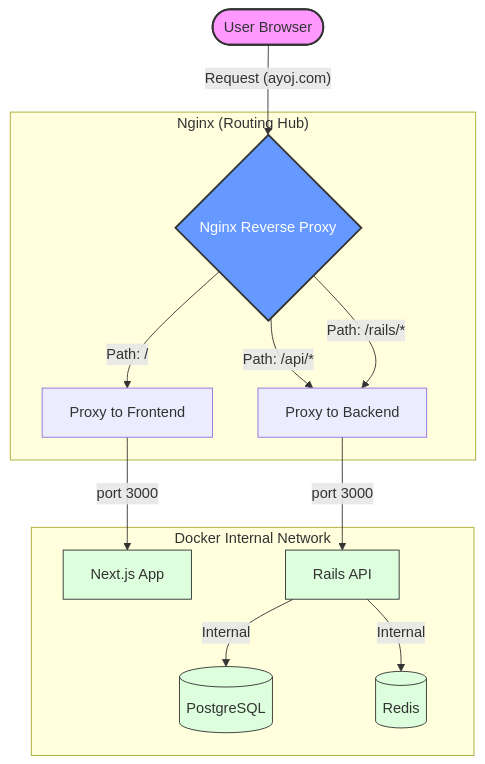
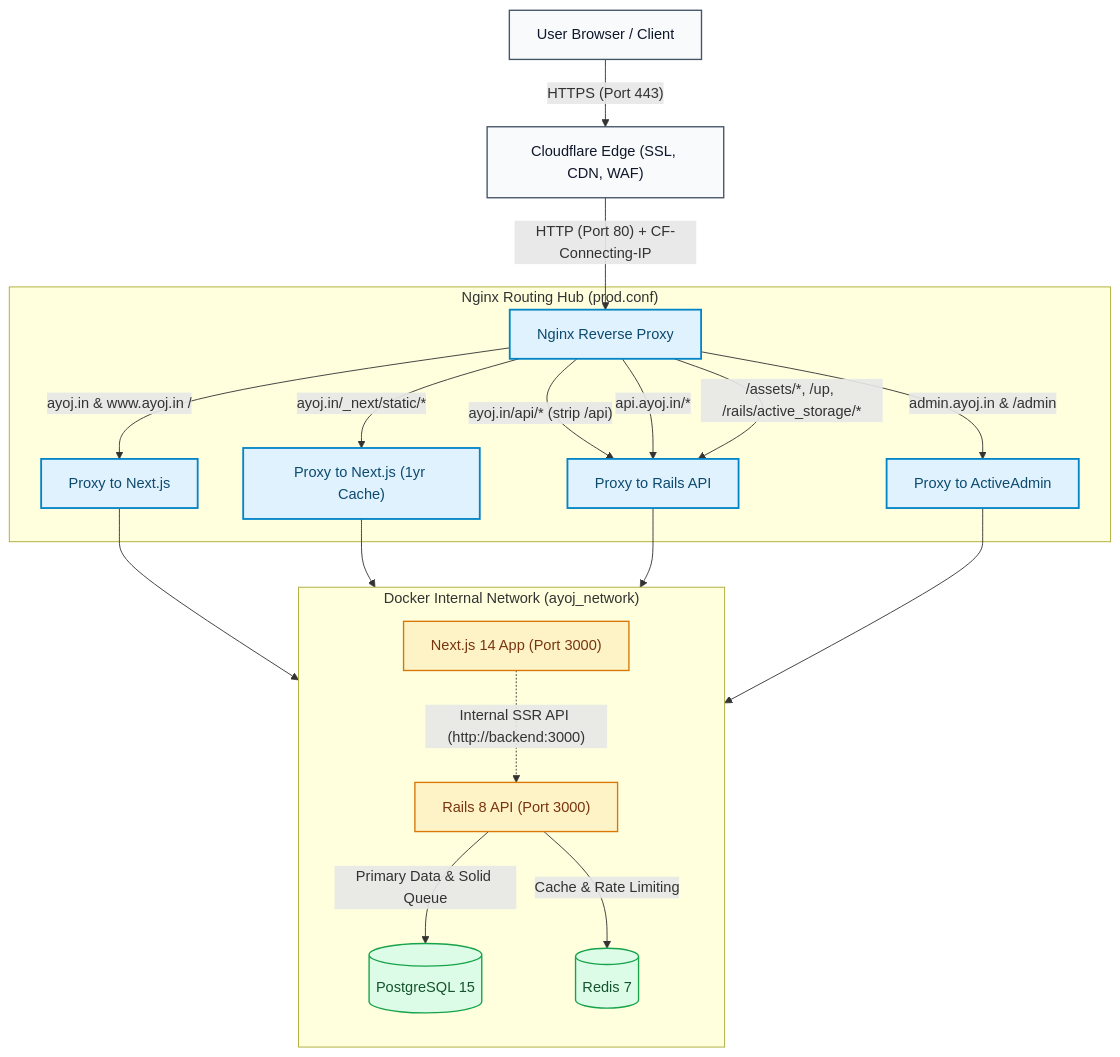
One commit to ayojan/marketplace changed the diagram in docs/REVERSE_PROXY.md. Above: the diagram before and after it, drawn with Mermaid. The commit also changed other lines of this file and 21 other files, not shown here.

First line of the commit message:
docs: clean up redundant markdown files and update architecture diagrams

````diff
--- a/docs/REVERSE_PROXY.md
+++ b/docs/REVERSE_PROXY.md
@@ -7,30 +7,31 @@
 ```mermaid
-graph TD
-    %% External World
-    User([User Browser]) -- "Request (ayoj.com)" --> Nginx{Nginx Reverse Proxy}
+flowchart TD
+    classDef edge fill:#f8fafc,stroke:#475569,stroke-width:1.5px,color:#0f172a;
+    classDef proxy fill:#e0f2fe,stroke:#0284c7,stroke-width:2px,color:#0c4a6e;
+    classDef app fill:#fef3c7,stroke:#d97706,stroke-width:1.5px,color:#78350f;
+    classDef data fill:#dcfce7,stroke:#16a34a,stroke-width:1.5px,color:#14532d;
 
-    %% Nginx Routing Logic
-    subgraph "Nginx (Routing Hub)"
-        Nginx -- "Path: /" --> FE_Proxy[Proxy to Frontend]
-        Nginx -- "Path: /api/*" --> BE_Proxy[Proxy to Backend]
-        Nginx -- "Path: /rails/*" --> BE_Proxy
+    User["User Browser / Client"]:::edge -->|"HTTPS (Port 443)"| CF["Cloudflare Edge (SSL, CDN, WAF)"]:::edge
+    CF -->|"HTTP (Port 80) + CF-Connecting-IP"| Nginx["Nginx Reverse Proxy"]:::proxy
+
+    subgraph NginxRouting["Nginx Routing Hub (prod.conf)"]
+        Nginx -->|"ayoj.in & www.ayoj.in /"| FE_Proxy["Proxy to Next.js"]:::proxy
+        Nginx -->|"ayoj.in/_next/static/*"| Static_Proxy["Proxy to Next.js (1yr Cache)"]:::proxy
+        Nginx -->|"ayoj.in/api/* (strip /api)"| BE_Proxy["Proxy to Rails API"]:::proxy
+        Nginx -->|"api.ayoj.in/*"| BE_Proxy
+        Nginx -->|"admin.ayoj.in & /admin"| Admin_Proxy["Proxy to ActiveAdmin"]:::proxy
+        Nginx -->|"/assets/*, /up, /rails/active_storage/*"| BE_Proxy
     end
 
-    %% Internal Services
-    subgraph "Docker Internal Network"
-        FE_Proxy -- "port 3000" --> NextJS[Next.js App]
-        BE_Proxy -- "port 3000" --> Rails[Rails API]
-        
-        Rails -- "Internal" --> DB[(PostgreSQL)]
-        Rails -- "Internal" --> Cache[(Redis)]
+    subgraph DockerNet["Docker Internal Network (ayoj_network)"]
+        direction TB
+        FE_Proxy --> NextJS["Next.js 14 App (Port 3000)"]:::app
+        Static_Proxy --> NextJS
+        BE_Proxy --> Rails["Rails 8 API (Port 3000)"]:::app
+        Admin_Proxy --> Rails
+
+        NextJS -.->|"Internal SSR API (http://backend:3000)"| Rails
+        Rails -->|"Primary Data & Solid Queue"| DB[("PostgreSQL 15")]:::data
+        Rails -->|"Cache & Rate Limiting"| Redis[("Redis 7")]:::data
     end
-
-    %% Styling
-    classDef external fill:#f9f,stroke:#333,stroke-width:2px;
-    classDef proxy fill:#69f,stroke:#333,stroke-width:2px,color:#fff;
-    classDef internal fill:#dfd,stroke:#333,stroke-width:1px;
-    
-    class User external;
-    class Nginx proxy;
-    class NextJS,Rails,DB,Cache internal;
 ```
````
